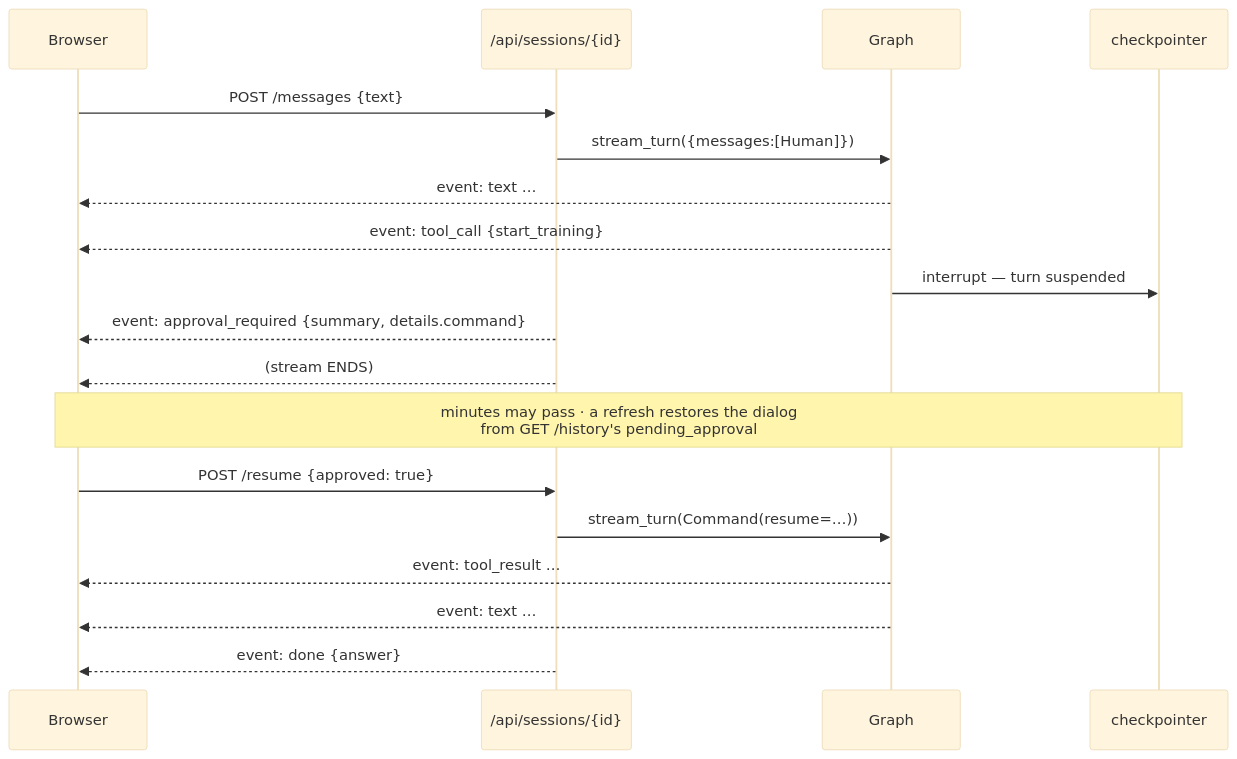
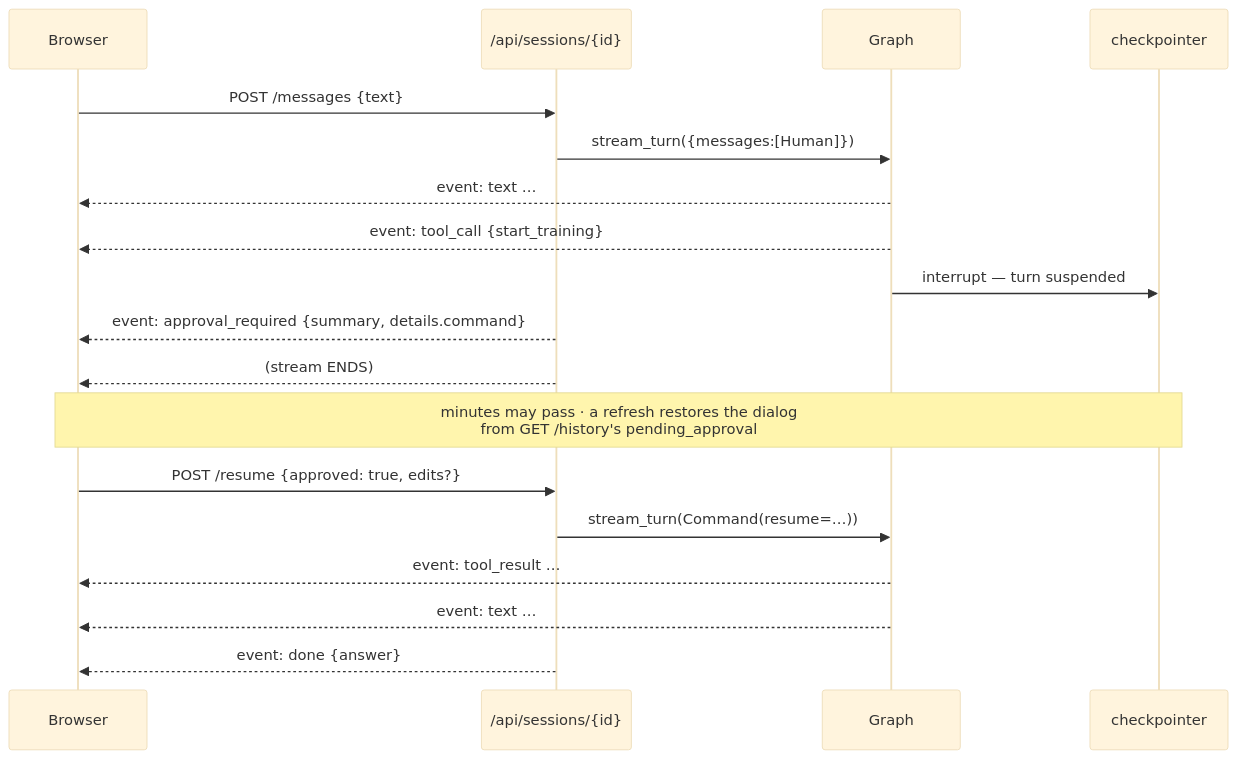
Before and after one commit to mhahmadi258/adaptrna: the diagram in documents/modules/api.md, drawn with Mermaid (base theme). The commit also changed other lines of this file and 25 other files, not shown here.

````diff
--- a/documents/modules/api.md
+++ b/documents/modules/api.md
@@ -226,21 +226,21 @@
 ```mermaid
 sequenceDiagram
     participant B as Browser
     participant S as /api/sessions/{id}
     participant G as Graph
     participant CK as checkpointer
 
     B->>S: POST /messages {text}
     S->>G: stream_turn({messages:[Human]})
     G-->>B: event: text …
     G-->>B: event: tool_call {start_training}
     G->>CK: interrupt — turn suspended
     S-->>B: event: approval_required {summary, details.command}
     S-->>B: (stream ENDS)
     Note over B,CK: minutes may pass · a refresh restores the dialog<br/>from GET /history's pending_approval
-    B->>S: POST /resume {approved: true}
+    B->>S: POST /resume {approved: true, edits?}
     S->>G: stream_turn(Command(resume=…))
     G-->>B: event: tool_result …
     G-->>B: event: text …
     S-->>B: event: done {answer}
 ```
````
